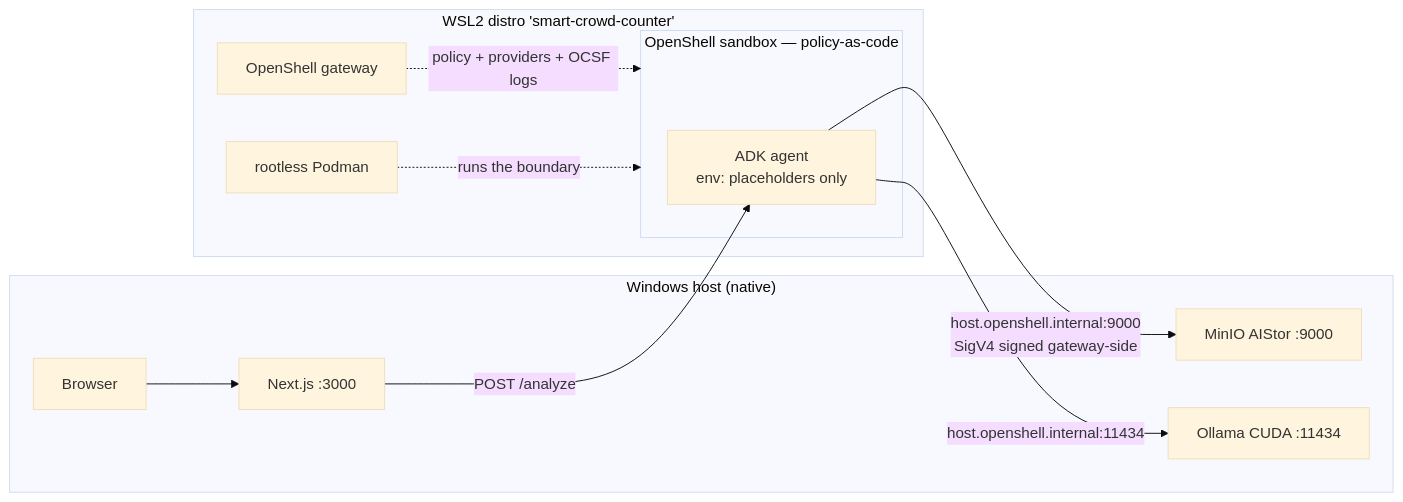
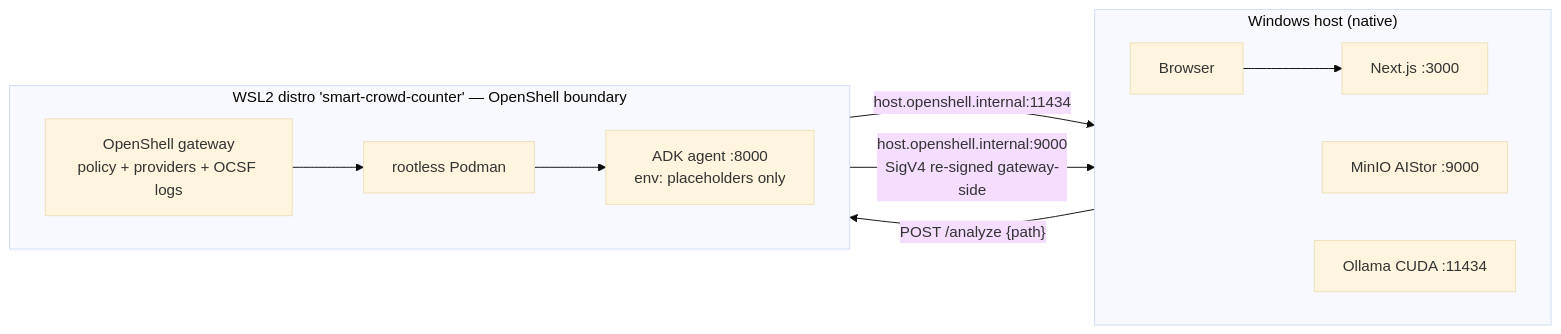
The third of 3 diagrams in docs/architecture.md (kameshsampath/smart-crowd-counter), drawn with Mermaid (base theme) before and after one commit. The commit also changed other lines of this file and 16 other files, not shown here.

````diff
--- a/docs/architecture.md
+++ b/docs/architecture.md
@@ -79,20 +84,19 @@
 ```mermaid
 flowchart LR
-    subgraph WIN["Windows host (native)"]
+    subgraph HOST["Windows host (native)"]
+        direction LR
         B["Browser"] --> W["Next.js :3000"]
         M["MinIO AIStor :9000"]
         O["Ollama CUDA :11434"]
     end
-    subgraph WSL["WSL2 distro 'smart-crowd-counter'"]
-        GW["OpenShell gateway"]
+    subgraph DISTRO["WSL2 distro 'smart-crowd-counter' — OpenShell boundary"]
+        direction LR
+        GW["OpenShell gateway<br/>policy + providers + OCSF logs"]
         POD["rootless Podman"]
-        subgraph SB["OpenShell sandbox — policy-as-code"]
-            A["ADK agent<br/>env: placeholders only"]
-        end
+        A["ADK agent :8000<br/>env: placeholders only"]
+        GW --> POD --> A
     end
-    W -->|"POST /analyze"| A
+    W -->|"POST /analyze {path}"| A
     A -->|"host.openshell.internal:11434"| O
-    A -->|"host.openshell.internal:9000<br/>SigV4 signed gateway-side"| M
-    GW -.->|"policy + providers + OCSF logs"| SB
-    POD -.->|"runs the boundary"| SB
+    A -->|"host.openshell.internal:9000<br/>SigV4 re-signed gateway-side"| M
 ```
````
